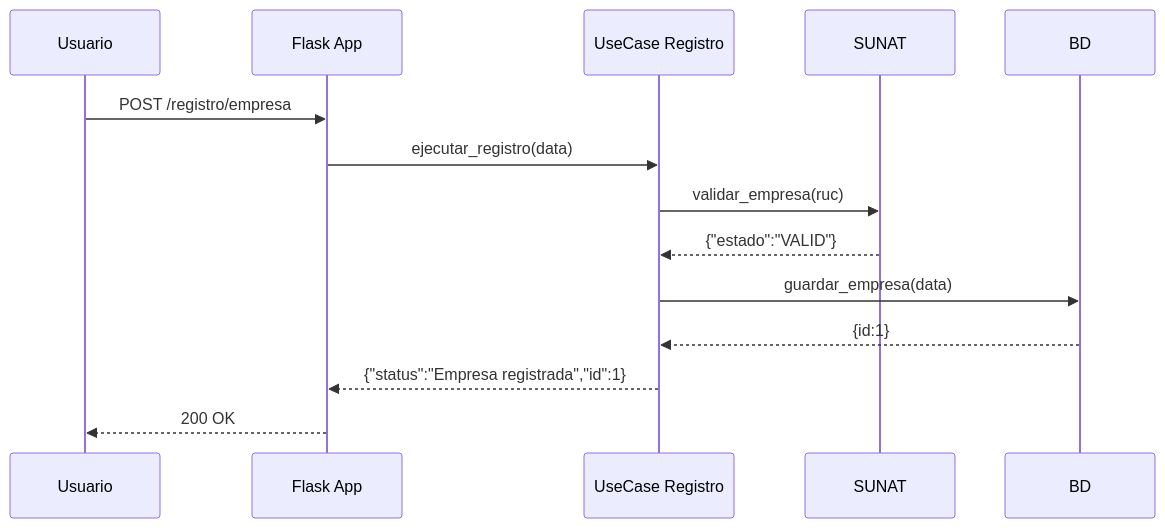
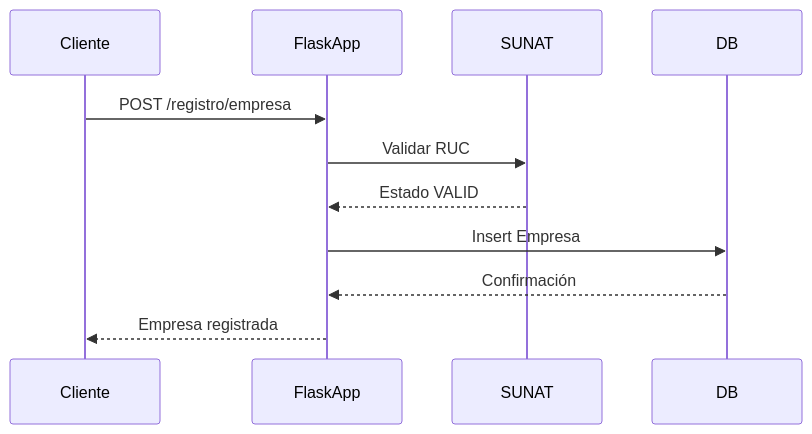
One commit to syslet/tecsup-arq-factoring-eda changed the first of 4 diagrams in README.md. Above: the diagram before and after it, drawn with Mermaid. The commit also changed other lines of this file and 8 other files, not shown here.

````diff
--- a/README.md
+++ b/README.md
@@ -109,17 +82,14 @@
 ```mermaid
 sequenceDiagram
-    participant U as Usuario
-    participant F as Flask App
-    participant UC as UseCase Registro
-    participant S as SUNAT
-    participant DB as BD
+    participant Cliente
+    participant FlaskApp
+    participant SUNAT
+    participant DB
 
-    U->>F: POST /registro/empresa
-    F->>UC: ejecutar_registro(data)
-    UC->>S: validar_empresa(ruc)
-    S-->>UC: {"estado":"VALID"}
-    UC->>DB: guardar_empresa(data)
-    DB-->>UC: {id:1}
-    UC-->>F: {"status":"Empresa registrada","id":1}
-    F-->>U: 200 OK
-```    
+    Cliente->>FlaskApp: POST /registro/empresa
+    FlaskApp->>SUNAT: Validar RUC
+    SUNAT-->>FlaskApp: Estado VALID
+    FlaskApp->>DB: Insert Empresa
+    DB-->>FlaskApp: Confirmación
+    FlaskApp-->>Cliente: Empresa registrada
+```
````
